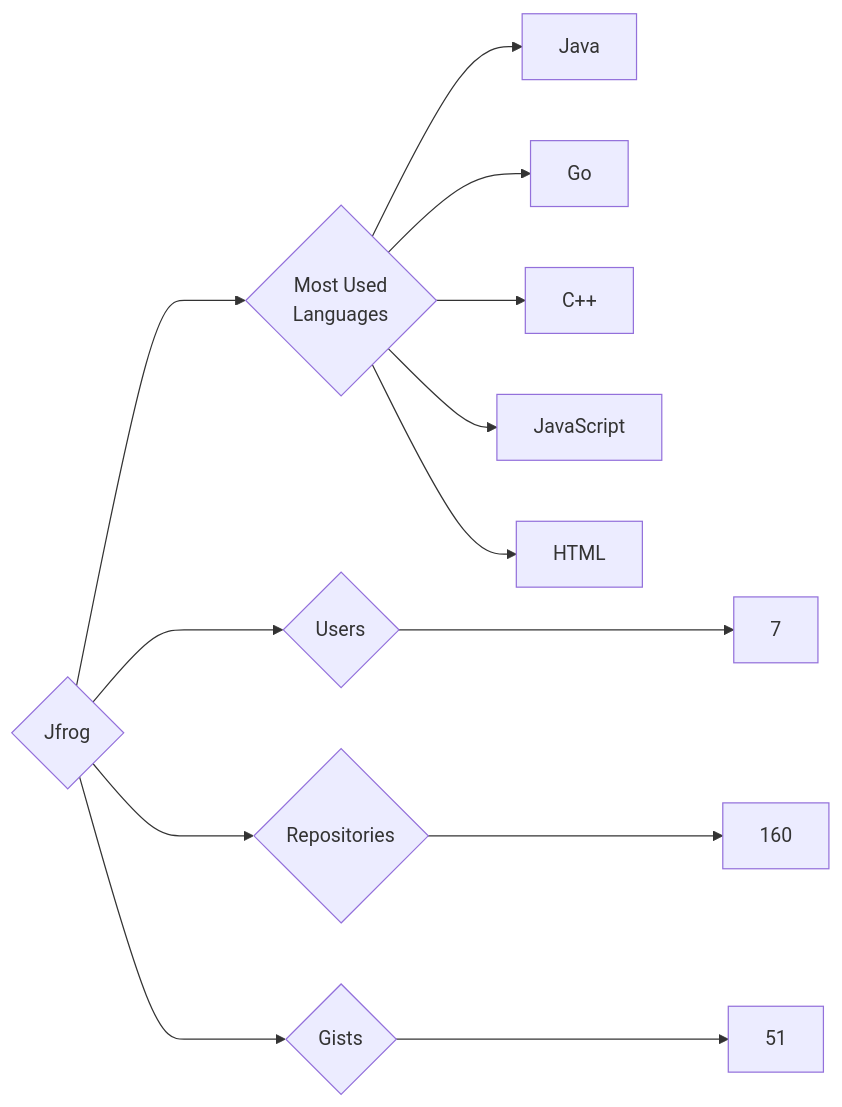
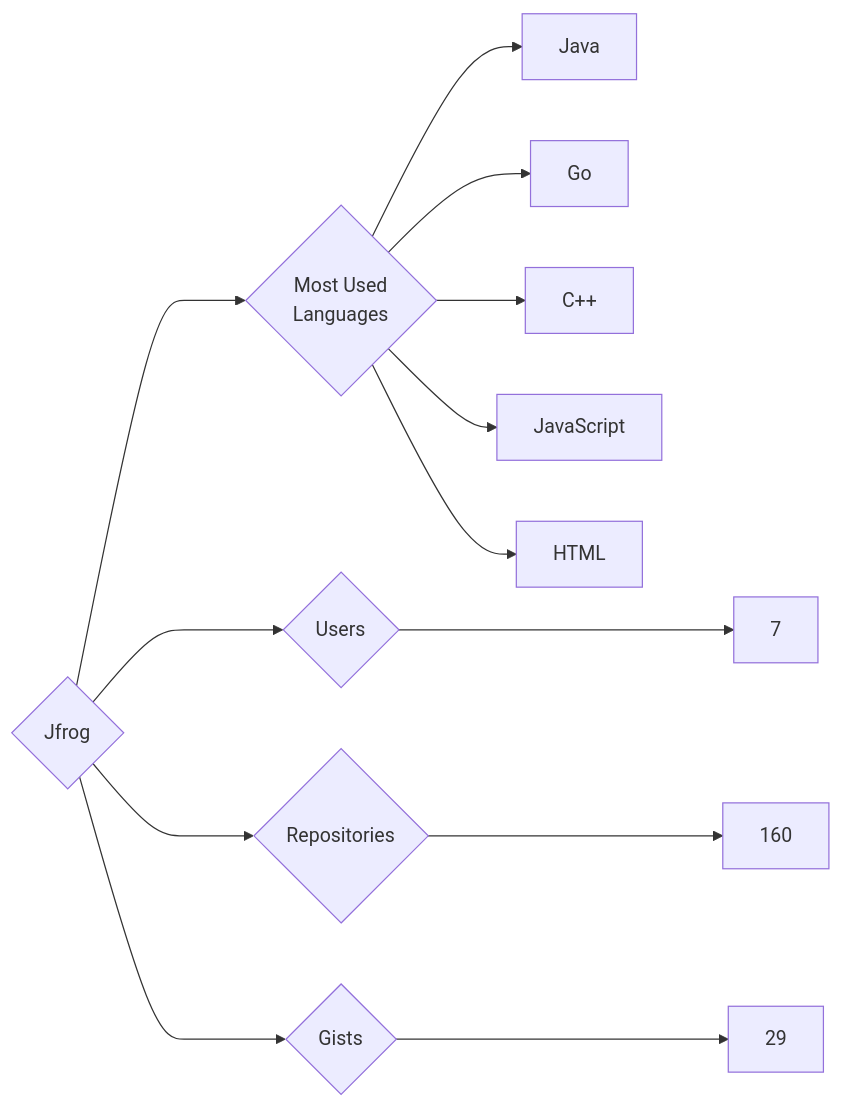
Before and after one commit to trickest/insiders: the diagram in targets/Jfrog/README.md, drawn with Mermaid. The commit also changed 629 other files, not shown here.

````diff
--- a/targets/Jfrog/README.md
+++ b/targets/Jfrog/README.md
@@ -3,13 +3,13 @@
 ```mermaid
 graph LR
 COMPANY_NAME{Jfrog}
 COMPANY_NAME ---> U{Users} ---> UN[7]
 COMPANY_NAME ---> R{Repositories} ---> RN[160]
-COMPANY_NAME ---> G{Gists} ---> GN[51]
+COMPANY_NAME ---> G{Gists} ---> GN[29]
 COMPANY_NAME ---> ML{Most Used<br>Languages}
 ML --> Java[Java]
 ML --> Go[Go]
 ML --> C++[C++]
 ML --> JavaScript[JavaScript]
 ML --> HTML[HTML]
 ```
````
